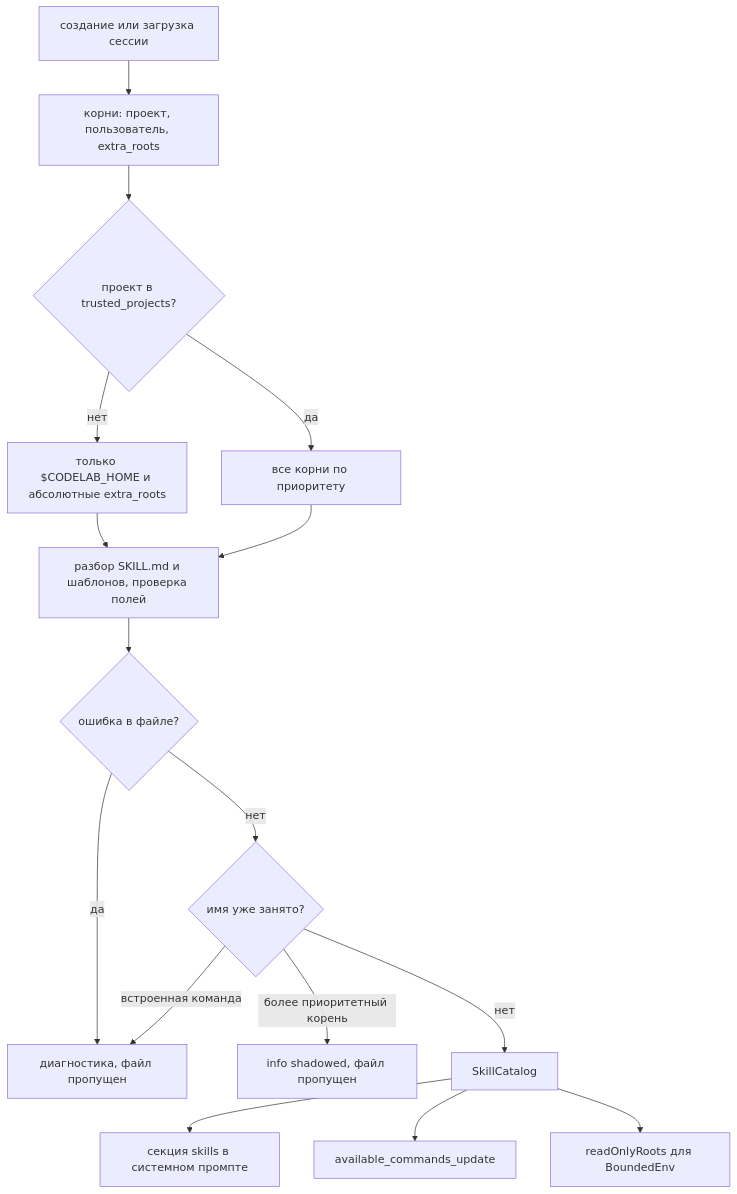
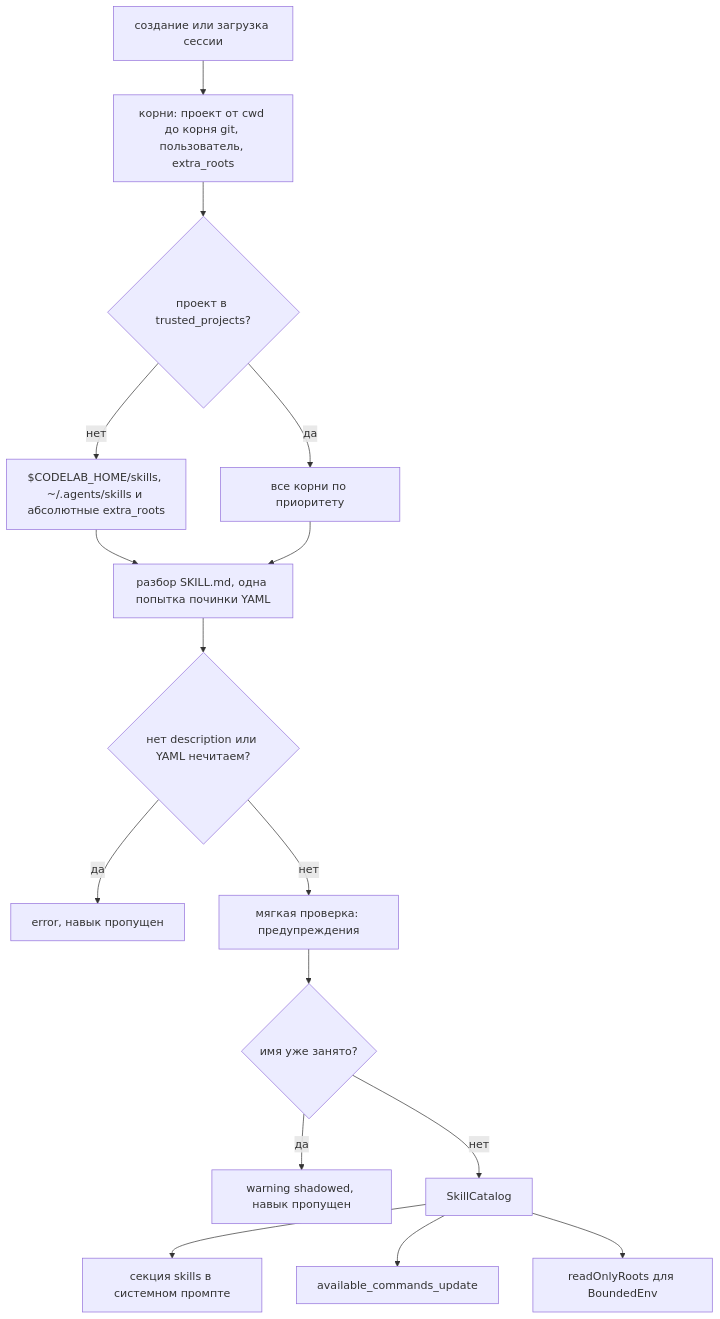
Before and after one commit to pese-git/codelab-app: the first of 2 diagrams in docs/architecture/proposals/agent-core/17-2-skills-and-templates.md, drawn with Mermaid. The commit also changed other lines of this file and 22 other files, not shown here.

````diff
--- a/docs/architecture/proposals/agent-core/17-2-skills-and-templates.md
+++ b/docs/architecture/proposals/agent-core/17-2-skills-and-templates.md
@@ -321,18 +374,18 @@
 ```mermaid
 flowchart TD
-    S["создание или загрузка сессии"] --> R["корни: проект, пользователь, extra_roots"]
+    S["создание или загрузка сессии"] --> R["корни: проект от cwd до корня git, пользователь, extra_roots"]
     R --> T{"проект в trusted_projects?"}
-    T -->|нет| U["только $CODELAB_HOME и абсолютные extra_roots"]
+    T -->|нет| U["$CODELAB_HOME/skills, ~/.agents/skills и абсолютные extra_roots"]
     T -->|да| A["все корни по приоритету"]
-    U --> P["разбор SKILL.md и шаблонов, проверка полей"]
+    U --> P["разбор SKILL.md, одна попытка починки YAML"]
     A --> P
-    P --> D{"ошибка в файле?"}
-    D -->|да| G["диагностика, файл пропущен"]
-    D -->|нет| C{"имя уже занято?"}
-    C -->|встроенная команда| G
-    C -->|более приоритетный корень| I["info shadowed, файл пропущен"]
+    P --> D{"нет description или YAML нечитаем?"}
+    D -->|да| G["error, навык пропущен"]
+    D -->|нет| W["мягкая проверка: предупреждения"]
+    W --> C{"имя уже занято?"}
+    C -->|да| I["warning shadowed, навык пропущен"]
     C -->|нет| K["SkillCatalog"]
     K --> PR["секция skills в системном промпте"]
     K --> AC["available_commands_update"]
     K --> RO["readOnlyRoots для BoundedEnv"]
 ```
````
